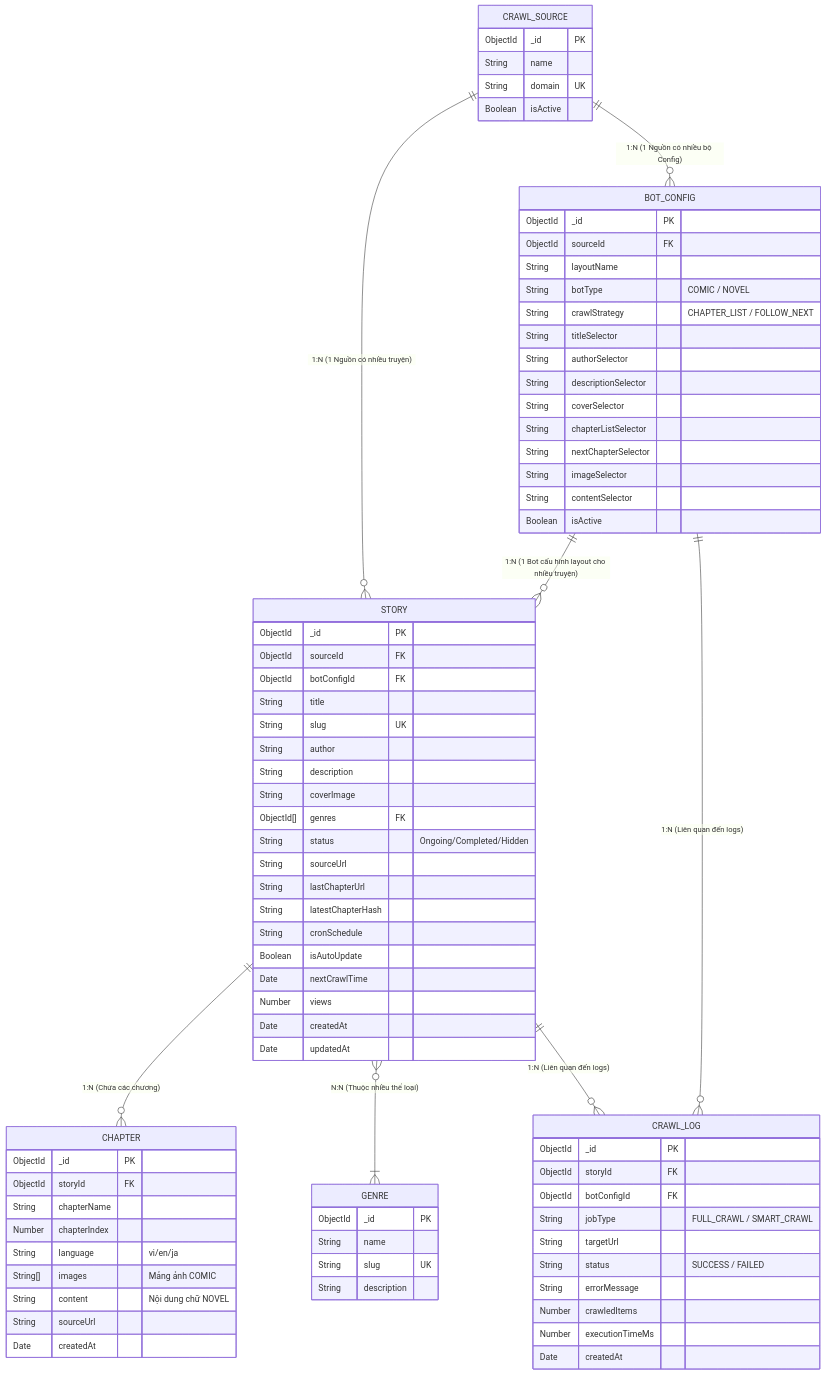
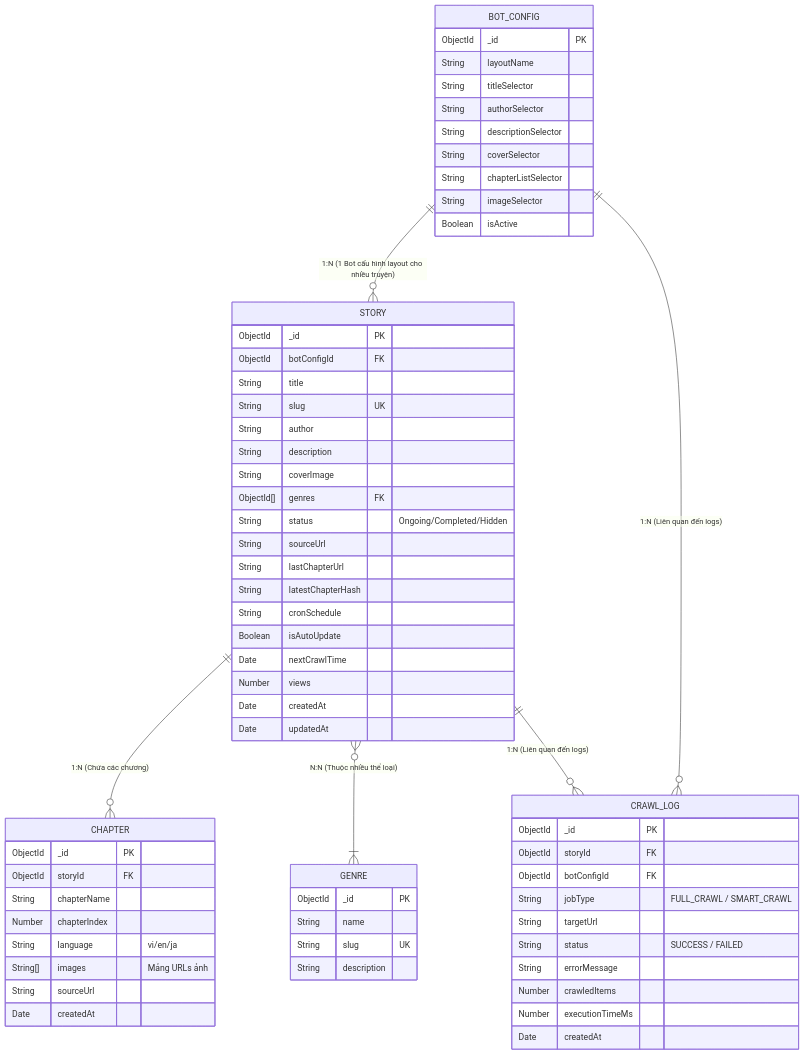
One commit to qhuy2412/manga_bot changed the diagram in docs/Database_Design.md. Above: the diagram before and after it, drawn with Mermaid. The commit also changed other lines of this file and 28 other files, not shown here.

Commit message:
refactor: restructure api-server into layered modular architecture

````diff
--- a/docs/Database_Design.md
+++ b/docs/Database_Design.md
@@ -14,40 +14,25 @@
 ```mermaid
 erDiagram
-    CRAWL_SOURCE ||--o{ BOT_CONFIG : "1:N (1 Nguồn có nhiều bộ Config)"
-    CRAWL_SOURCE ||--o{ STORY : "1:N (1 Nguồn có nhiều truyện)"
     BOT_CONFIG ||--o{ STORY : "1:N (1 Bot cấu hình layout cho nhiều truyện)"
     STORY ||--o{ CHAPTER : "1:N (Chứa các chương)"
     STORY }o--|{ GENRE : "N:N (Thuộc nhiều thể loại)"
     STORY ||--o{ CRAWL_LOG : "1:N (Liên quan đến logs)"
     BOT_CONFIG ||--o{ CRAWL_LOG : "1:N (Liên quan đến logs)"
-    
-    CRAWL_SOURCE {
-        ObjectId _id PK
-        String name
-        String domain UK
-        Boolean isActive
-    }
 
     BOT_CONFIG {
         ObjectId _id PK
-        ObjectId sourceId FK
         String layoutName
-        String botType "COMIC / NOVEL"
-        String crawlStrategy "CHAPTER_LIST / FOLLOW_NEXT"
         String titleSelector
         String authorSelector
         String descriptionSelector
         String coverSelector
         String chapterListSelector
-        String nextChapterSelector
         String imageSelector
-        String contentSelector
         Boolean isActive
     }
 
     STORY {
         ObjectId _id PK
-        ObjectId sourceId FK
         ObjectId botConfigId FK
         String title
         String slug UK
@@ -73,8 +58,7 @@
         String chapterName
         Number chapterIndex
         String language "vi/en/ja"
-        String[] images "Mảng ảnh COMIC"
-        String content "Nội dung chữ NOVEL"
+        String[] images "Mảng URLs ảnh"
         String sourceUrl
         Date createdAt
     }
````
